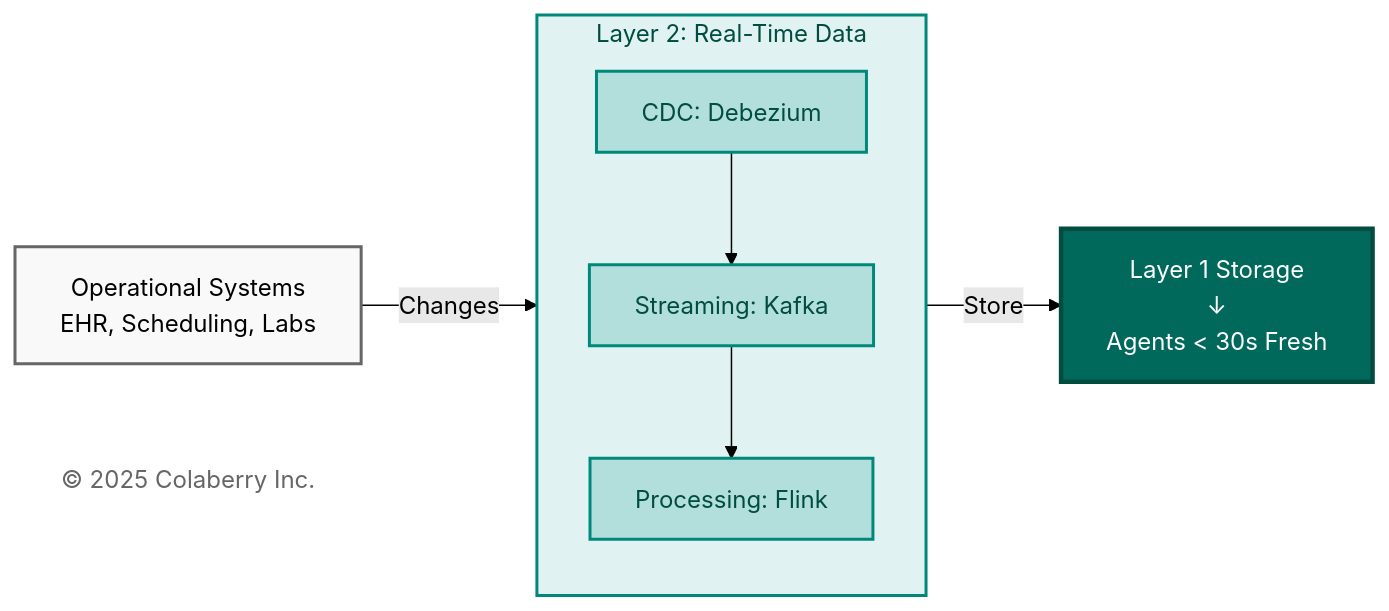
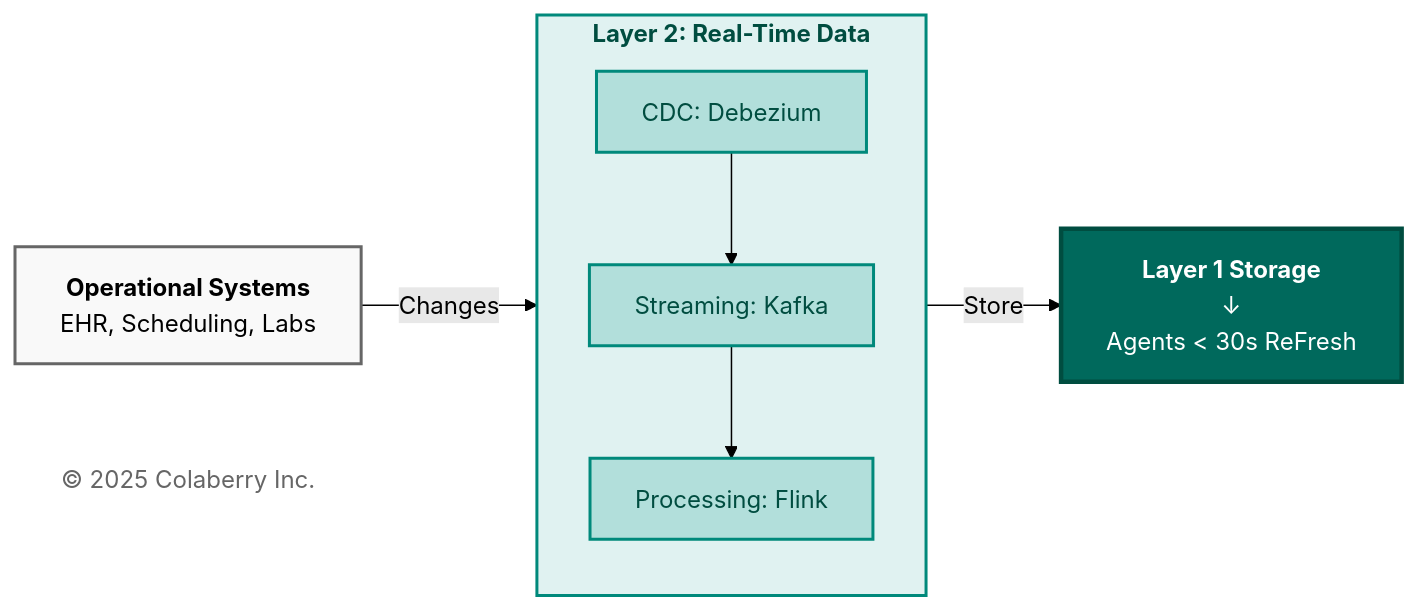
One commit to colaberry/trust-before-intelligence-book changed the seventh of 11 diagrams in manuscript/05_chapter_4_foundation_layers_v4_1.md. Above: the diagram before and after it, drawn with Mermaid (forest theme).

Commit message:
Organizing diagram 6 for better readability
Organizing diagram 6 for better readability

````diff
--- a/manuscript/05_chapter_4_foundation_layers_v4_1.md
+++ b/manuscript/05_chapter_4_foundation_layers_v4_1.md
@@ -784,29 +784,29 @@
 ```mermaid
 
 graph LR
-    SOURCE["Operational Systems<br/>EHR, Scheduling, Labs"]
+    SOURCE["<b>Operational Systems</b><br/>EHR, Scheduling, Labs"]
     
-    subgraph LAYER2["Layer 2: Real-Time Data"]
+    subgraph LAYER2["<b>Layer 2: Real-Time Data</b>"]
         direction TB
         CDC["CDC: Debezium"]
         KAFKA["Streaming: Kafka"]
         PROCESS["Processing: Flink"]
         CDC --> KAFKA --> PROCESS
     end
     
-    OUTCOME["Layer 1 Storage<br/>↓<br/>Agents < 30s Fresh"]
+    OUTCOME["<b>Layer 1 Storage</b><br/>↓<br/>Agents < 30s ReFresh"]
     
     Copyright["© 2025 Colaberry Inc."]
     
     SOURCE -->|"Changes"| LAYER2
     LAYER2 -->|"Store"| OUTCOME
     
     style SOURCE fill:#f9f9f9,stroke:#666666,stroke-width:2px,color:#000000
     style LAYER2 fill:#e0f2f1,stroke:#00897b,stroke-width:2px,color:#004d40
     style CDC fill:#b2dfdb,stroke:#00897b,stroke-width:2px,color:#004d40
     style KAFKA fill:#b2dfdb,stroke:#00897b,stroke-width:2px,color:#004d40
     style PROCESS fill:#b2dfdb,stroke:#00897b,stroke-width:2px,color:#004d40
     style OUTCOME fill:#00695c,color:#ffffff,stroke:#004d40,stroke-width:3px
     style Copyright fill:#ffffff,stroke:none,color:#666666
 
 ```
````
